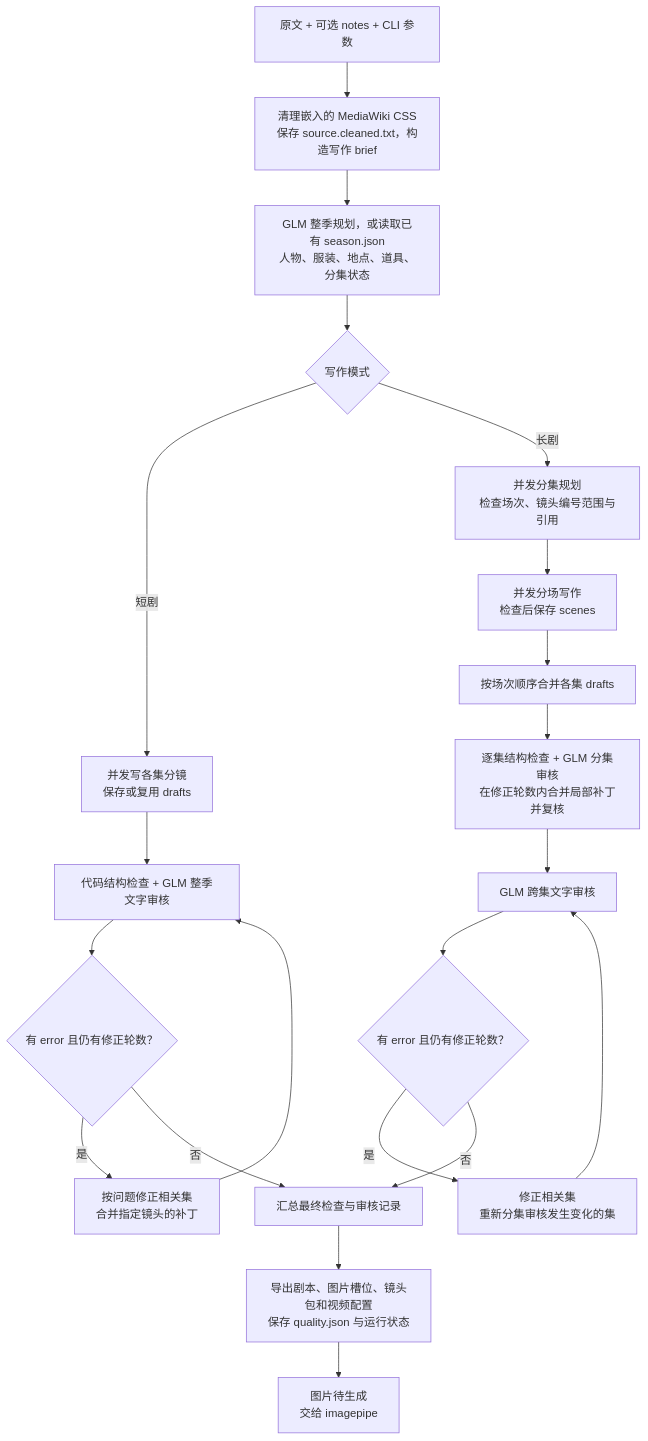
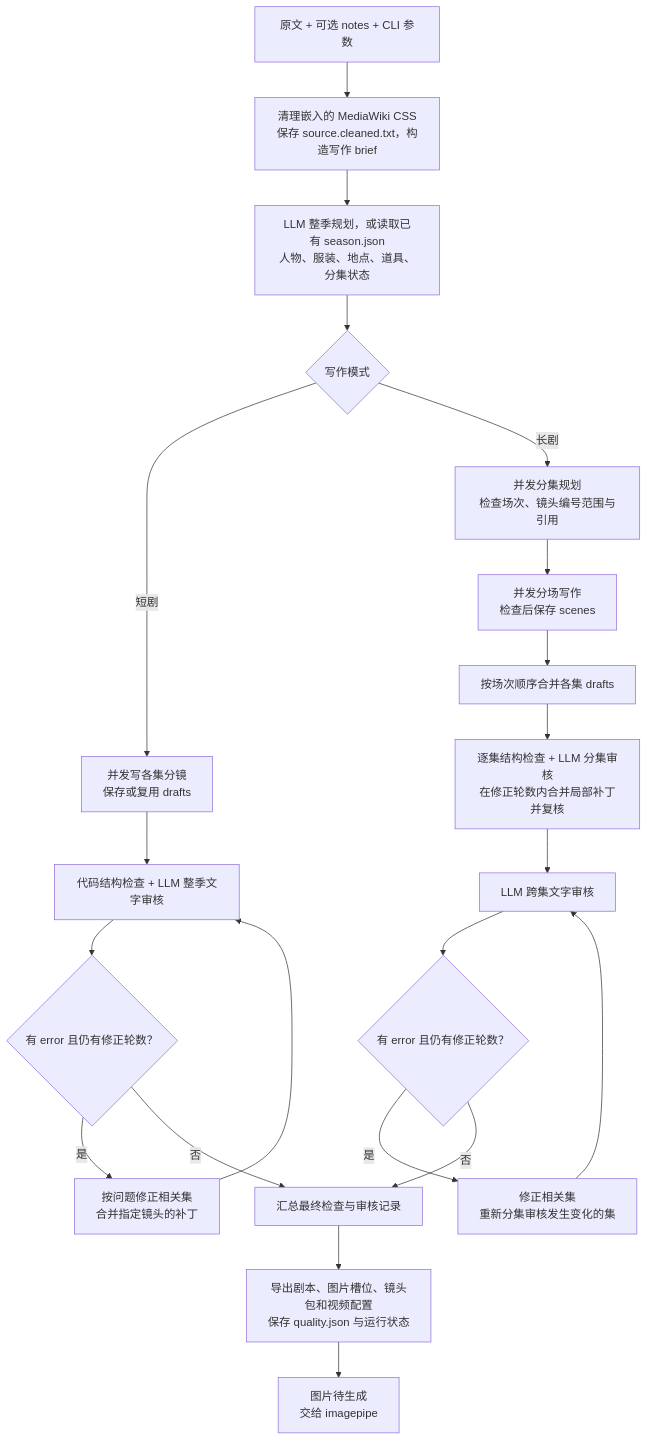
The first of 3 diagrams in docs/workflow.md (mtbnydx-dot/AI-AI-powered-local-fully-automated-video-workflow), drawn with Mermaid before and after one commit. The commit also changed other lines of this file and 18 other files, not shown here.

````diff
--- a/docs/workflow.md
+++ b/docs/workflow.md
@@ -15,23 +15,23 @@
 ```mermaid
 flowchart TD
     S0["原文 + 可选 notes + CLI 参数"] --> S1["清理嵌入的 MediaWiki CSS<br/>保存 source.cleaned.txt，构造写作 brief"]
-    S1 --> S2["GLM 整季规划，或读取已有 season.json<br/>人物、服装、地点、道具、分集状态"]
+    S1 --> S2["LLM 整季规划，或读取已有 season.json<br/>人物、服装、地点、道具、分集状态"]
     S2 --> S3{"写作模式"}
     S3 -->|短剧| S4["并发写各集分镜<br/>保存或复用 drafts"]
-    S4 --> S5["代码结构检查 + GLM 整季文字审核"]
+    S4 --> S5["代码结构检查 + LLM 整季文字审核"]
     S5 --> S6{"有 error 且仍有修正轮数？"}
     S6 -->|是| S7["按问题修正相关集<br/>合并指定镜头的补丁"]
     S7 --> S5
     S3 -->|长剧| S8["并发分集规划<br/>检查场次、镜头编号范围与引用"]
     S8 --> S9["并发分场写作<br/>检查后保存 scenes"]
     S9 --> S10["按场次顺序合并各集 drafts"]
-    S10 --> S11["逐集结构检查 + GLM 分集审核<br/>在修正轮数内合并局部补丁并复核"]
-    S11 --> S12["GLM 跨集文字审核"]
+    S10 --> S11["逐集结构检查 + LLM 分集审核<br/>在修正轮数内合并局部补丁并复核"]
+    S11 --> S12["LLM 跨集文字审核"]
     S12 --> S13{"有 error 且仍有修正轮数？"}
     S13 -->|是| S14["修正相关集<br/>重新分集审核发生变化的集"]
     S14 --> S12
     S6 -->|否| S15["汇总最终检查与审核记录"]
     S13 -->|否| S15
     S15 --> S16["导出剧本、图片槽位、镜头包和视频配置<br/>保存 quality.json 与运行状态"]
     S16 --> S17["图片待生成<br/>交给 imagepipe"]
 ```
````
